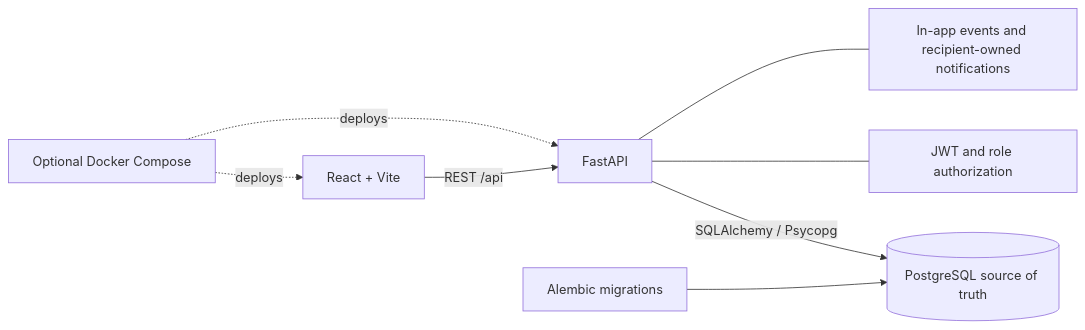
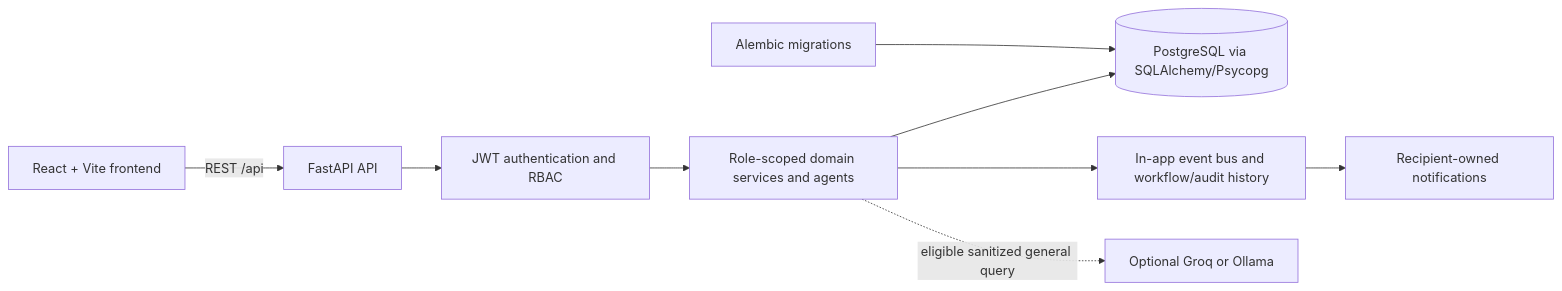
The first of 2 diagrams in README.md (Nikil245/MAWOS), drawn with Mermaid before and after one commit. The commit also changed other lines of this file, not shown here.

````diff
--- a/README.md
+++ b/README.md
@@ -21,10 +25,11 @@
-```mermaid
+~~~mermaid
 flowchart LR
-  UI[React + Vite] -->|REST /api| API[FastAPI]
-  API -->|SQLAlchemy / Psycopg| DB[(PostgreSQL source of truth)]
-  API --- AUTH[JWT and role authorization]
-  API --- EVENTS[In-app events and recipient-owned notifications]
+  UI[React + Vite frontend] -->|REST /api| API[FastAPI API]
+  API --> AUTH[JWT authentication and RBAC]
+  AUTH --> DOM[Role-scoped domain services and agents]
+  DOM --> DB[(PostgreSQL via SQLAlchemy/Psycopg)]
+  DOM --> BUS[In-app event bus and workflow/audit history]
+  BUS --> N[Recipient-owned notifications]
+  DOM -. eligible sanitized general query .-> AI[Optional Groq or Ollama]
   MIG[Alembic migrations] --> DB
-  DOCKER[Optional Docker Compose] -. deploys .-> UI
-  DOCKER -. deploys .-> API
-```
+~~~
````
